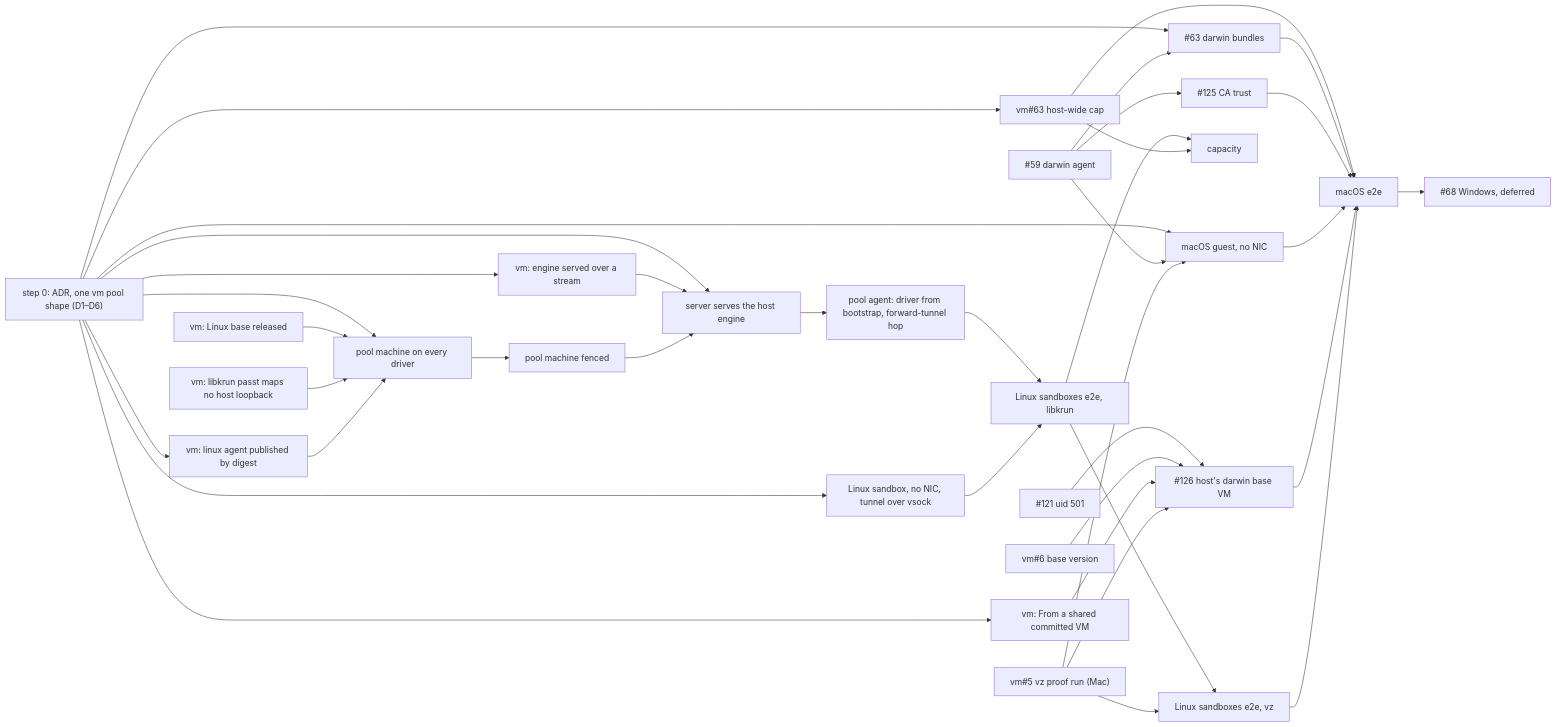
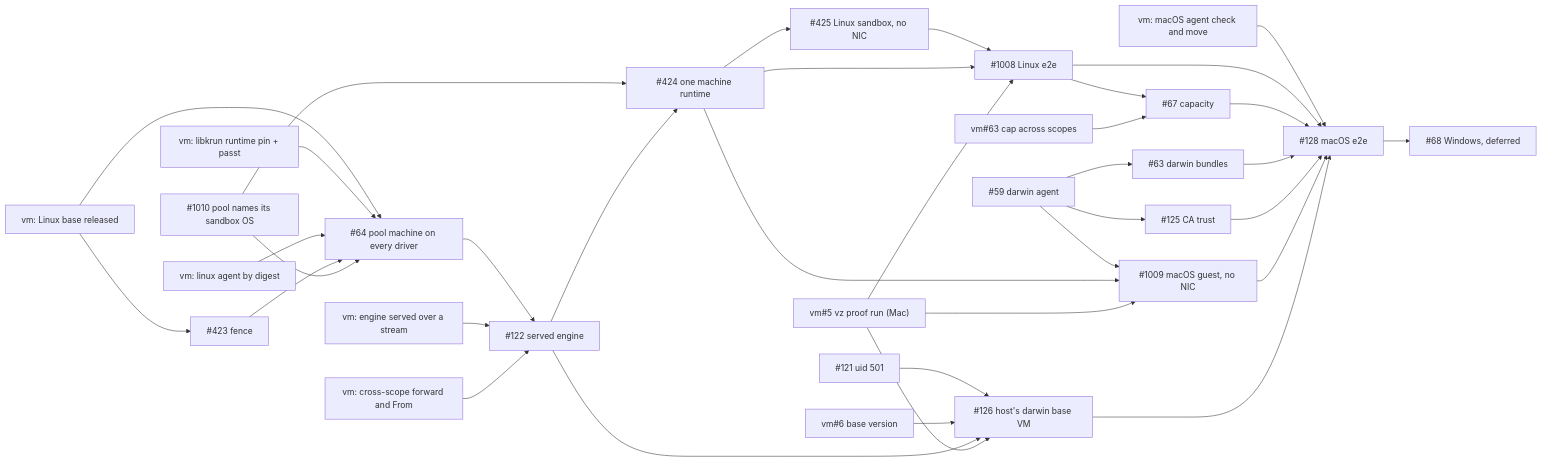
The diagram in docs/tasks/42-one-vm-pool-shape.md (discobox-ai/discobox), drawn with Mermaid before and after one commit. The commit also changed other lines of this file, not shown here.

First line of the commit message:
docs(tasks): align the #42 plan with ADR 26-11-11-963

````diff
--- a/docs/tasks/42-one-vm-pool-shape.md
+++ b/docs/tasks/42-one-vm-pool-shape.md
@@ -383,40 +163,37 @@
 ```mermaid
 graph LR
-  S0["step 0: ADR, one vm pool shape (D1–D6)"] --> PM
-  S0 --> SRV
-  S0 --> DG
-  S0 --> SB
-  S0 --> ENG
-  S0 --> SHARE
-  S0 --> VAG
-  S0 --> CAP63
-  S0 --> A63
-  B["vm: Linux base released"] --> PM["pool machine on every driver"]
-  PASST["vm: libkrun passt maps no host loopback"] --> PM
-  VAG["vm: linux agent published by digest"] --> PM
-  ENG["vm: engine served over a stream"] --> SRV["server serves the host engine"]
-  PM --> FEN["pool machine fenced"]
-  FEN --> SRV
-  SRV --> PA["pool agent: driver from bootstrap, forward-tunnel hop"]
-  PA --> LINL["Linux sandboxes e2e, libkrun"]
-  SB["Linux sandbox, no NIC, tunnel over vsock"] --> LINL
-  LINL --> LINM["Linux sandboxes e2e, vz"]
-  PROOF["vm#5 vz proof run (Mac)"] --> LINM
-  LINL --> CAP["capacity"]
-  CAP63["vm#63 host-wide cap"] --> CAP
-  CAP63 --> M128
+  B["vm: Linux base released"] --> F423["#423 fence"]
+  B --> P64["#64 pool machine on every driver"]
+  KRUN["vm: libkrun runtime pin + passt"] --> P64
+  VAG["vm: linux agent by digest"] --> P64
+  F423 --> P64
+  P1010["#1010 pool names its sandbox OS"] --> P64
+  P1010 --> P424
+  P64 --> S122["#122 served engine"]
+  ENG["vm: engine served over a stream"] --> S122
+  XS["vm: cross-scope forward and From"] --> S122
+  S122 --> P424["#424 one machine runtime"]
+  P424 --> S425["#425 Linux sandbox, no NIC"]
+  S425 --> L1008["#1008 Linux e2e"]
+  P424 --> L1008
+  PROOF["vm#5 vz proof run (Mac)"] --> L1008
+  L1008 --> C67["#67 capacity"]
+  CAP63["vm#63 cap across scopes"] --> C67
   A59["#59 darwin agent"] --> A63["#63 darwin bundles"]
   A59 --> A125["#125 CA trust"]
-  A59 --> DG["macOS guest, no NIC"]
+  A59 --> DG["#1009 macOS guest, no NIC"]
+  P424 --> DG
   PROOF --> DG
   U121["#121 uid 501"] --> D126["#126 host's darwin base VM"]
   V6["vm#6 base version"] --> D126
-  SHARE["vm: From a shared committed VM"] --> D126
+  S122 --> D126
   PROOF --> D126
-  A63 --> M128["macOS e2e"]
+  MAC["vm: macOS agent check and move"] --> M128
+  L1008 --> M128["#128 macOS e2e"]
+  C67 --> M128
+  A63 --> M128
   A125 --> M128
   DG --> M128
   D126 --> M128
-  LINM --> M128
   M128 --> W68["#68 Windows, deferred"]
 ```
````
